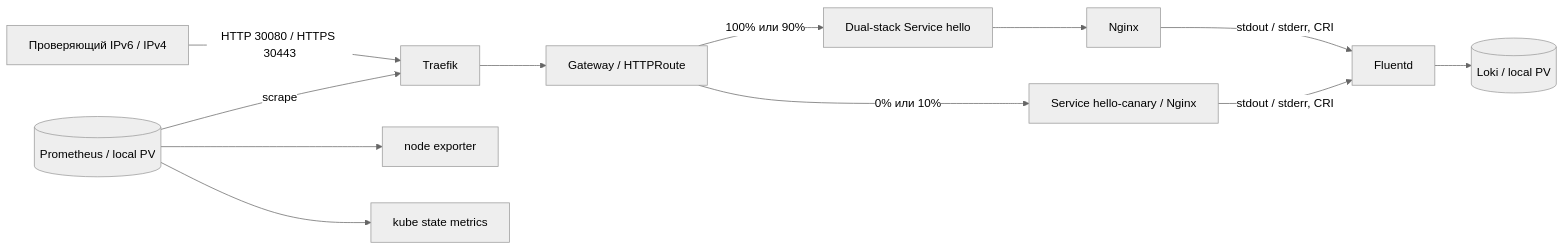
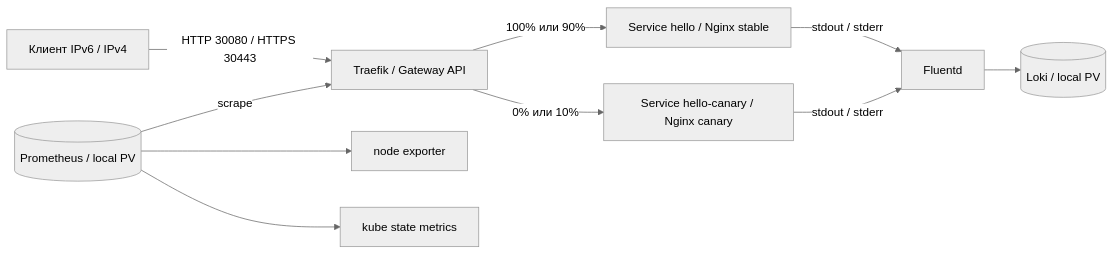
One commit to gigabebra/mts_hack changed the diagram in README.md. Above: the diagram before and after it, drawn with Mermaid (neutral theme). The commit also changed other lines of this file and 59 other files, not shown here.

````diff
--- a/README.md
+++ b/README.md
@@ -27,14 +15,12 @@
 ```mermaid
 flowchart LR
-    User[Проверяющий IPv6 / IPv4] -->|HTTP 30080 / HTTPS 30443| Traefik
-    Traefik --> Gateway[Gateway / HTTPRoute]
-    Gateway -->|100% или 90%| Service[Dual-stack Service hello]
-    Service --> Nginx
-    Gateway -->|0% или 10%| Canary[Service hello-canary / Nginx]
-    Nginx -->|stdout / stderr, CRI| Fluentd
-    Canary -->|stdout / stderr, CRI| Fluentd
-    Fluentd --> Loki[(Loki / local PV)]
-    Prometheus[(Prometheus / local PV)] -->|scrape| Traefik
-    Prometheus --> Node[node exporter]
-    Prometheus --> KSM[kube state metrics]
+    U[Клиент IPv6 / IPv4] -->|HTTP 30080 / HTTPS 30443| T[Traefik / Gateway API]
+    T -->|100% или 90%| S[Service hello / Nginx stable]
+    T -->|0% или 10%| C[Service hello-canary / Nginx canary]
+    S -->|stdout / stderr| F[Fluentd]
+    C -->|stdout / stderr| F
+    F --> L[(Loki / local PV)]
+    P[(Prometheus / local PV)] -->|scrape| T
+    P --> N[node exporter]
+    P --> K[kube state metrics]
 ```
````
